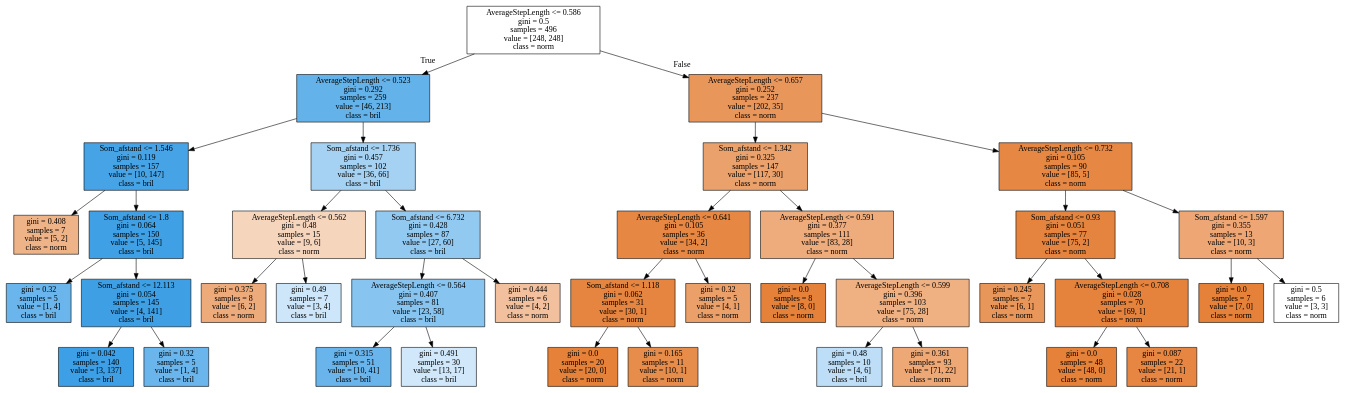
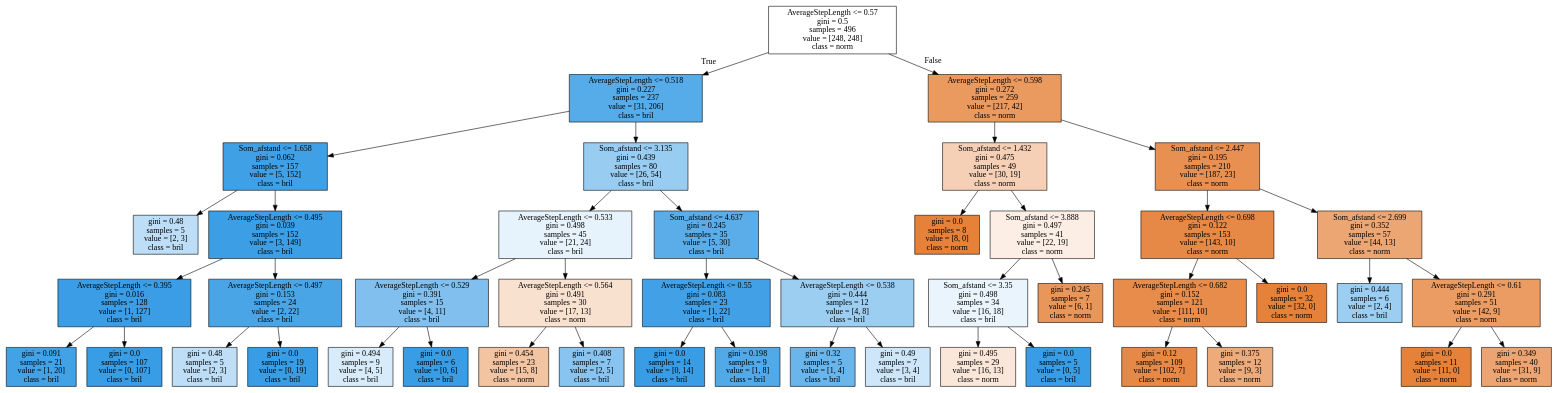
One commit to VivienvV/fallrisk changed the diagram in Machine_learning/tree.dot. Above: the diagram before and after it, drawn with Graphviz. The commit also changed 4 other files, not shown here.

```diff
--- a/Machine_learning/tree.dot
+++ b/Machine_learning/tree.dot
@@ -1,80 +1,92 @@
 digraph Tree {
 node [shape=box, style="filled", color="black"] ;
-0 [label="AverageStepLength <= 0.586\ngini = 0.5\nsamples = 496\nvalue = [248, 248]\nclass = norm", fillcolor="#e5813900"] ;
-1 [label="AverageStepLength <= 0.523\ngini = 0.292\nsamples = 259\nvalue = [46, 213]\nclass = bril", fillcolor="#399de5c8"] ;
+0 [label="AverageStepLength <= 0.57\ngini = 0.5\nsamples = 496\nvalue = [248, 248]\nclass = norm", fillcolor="#e5813900"] ;
+1 [label="AverageStepLength <= 0.518\ngini = 0.227\nsamples = 237\nvalue = [31, 206]\nclass = bril", fillcolor="#399de5d9"] ;
 0 -> 1 [labeldistance=2.5, labelangle=45, headlabel="True"] ;
-2 [label="Som_afstand <= 1.546\ngini = 0.119\nsamples = 157\nvalue = [10, 147]\nclass = bril", fillcolor="#399de5ee"] ;
+2 [label="Som_afstand <= 1.658\ngini = 0.062\nsamples = 157\nvalue = [5, 152]\nclass = bril", fillcolor="#399de5f7"] ;
 1 -> 2 ;
-3 [label="gini = 0.408\nsamples = 7\nvalue = [5, 2]\nclass = norm", fillcolor="#e5813999"] ;
+3 [label="gini = 0.48\nsamples = 5\nvalue = [2, 3]\nclass = bril", fillcolor="#399de555"] ;
 2 -> 3 ;
-4 [label="Som_afstand <= 1.8\ngini = 0.064\nsamples = 150\nvalue = [5, 145]\nclass = bril", fillcolor="#399de5f6"] ;
+4 [label="AverageStepLength <= 0.495\ngini = 0.039\nsamples = 152\nvalue = [3, 149]\nclass = bril", fillcolor="#399de5fa"] ;
 2 -> 4 ;
-5 [label="gini = 0.32\nsamples = 5\nvalue = [1, 4]\nclass = bril", fillcolor="#399de5bf"] ;
+5 [label="AverageStepLength <= 0.395\ngini = 0.016\nsamples = 128\nvalue = [1, 127]\nclass = bril", fillcolor="#399de5fd"] ;
 4 -> 5 ;
-6 [label="Som_afstand <= 12.113\ngini = 0.054\nsamples = 145\nvalue = [4, 141]\nclass = bril", fillcolor="#399de5f8"] ;
-4 -> 6 ;
-7 [label="gini = 0.042\nsamples = 140\nvalue = [3, 137]\nclass = bril", fillcolor="#399de5f9"] ;
-6 -> 7 ;
-8 [label="gini = 0.32\nsamples = 5\nvalue = [1, 4]\nclass = bril", fillcolor="#399de5bf"] ;
-6 -> 8 ;
-9 [label="Som_afstand <= 1.736\ngini = 0.457\nsamples = 102\nvalue = [36, 66]\nclass = bril", fillcolor="#399de574"] ;
-1 -> 9 ;
-10 [label="AverageStepLength <= 0.562\ngini = 0.48\nsamples = 15\nvalue = [9, 6]\nclass = norm", fillcolor="#e5813955"] ;
-9 -> 10 ;
-11 [label="gini = 0.375\nsamples = 8\nvalue = [6, 2]\nclass = norm", fillcolor="#e58139aa"] ;
-10 -> 11 ;
-12 [label="gini = 0.49\nsamples = 7\nvalue = [3, 4]\nclass = bril", fillcolor="#399de540"] ;
-10 -> 12 ;
-13 [label="Som_afstand <= 6.732\ngini = 0.428\nsamples = 87\nvalue = [27, 60]\nclass = bril", fillcolor="#399de58c"] ;
-9 -> 13 ;
-14 [label="AverageStepLength <= 0.564\ngini = 0.407\nsamples = 81\nvalue = [23, 58]\nclass = bril", fillcolor="#399de59a"] ;
+6 [label="gini = 0.091\nsamples = 21\nvalue = [1, 20]\nclass = bril", fillcolor="#399de5f2"] ;
+5 -> 6 ;
+7 [label="gini = 0.0\nsamples = 107\nvalue = [0, 107]\nclass = bril", fillcolor="#399de5ff"] ;
+5 -> 7 ;
+8 [label="AverageStepLength <= 0.497\ngini = 0.153\nsamples = 24\nvalue = [2, 22]\nclass = bril", fillcolor="#399de5e8"] ;
+4 -> 8 ;
+9 [label="gini = 0.48\nsamples = 5\nvalue = [2, 3]\nclass = bril", fillcolor="#399de555"] ;
+8 -> 9 ;
+10 [label="gini = 0.0\nsamples = 19\nvalue = [0, 19]\nclass = bril", fillcolor="#399de5ff"] ;
+8 -> 10 ;
+11 [label="Som_afstand <= 3.135\ngini = 0.439\nsamples = 80\nvalue = [26, 54]\nclass = bril", fillcolor="#399de584"] ;
+1 -> 11 ;
+12 [label="AverageStepLength <= 0.533\ngini = 0.498\nsamples = 45\nvalue = [21, 24]\nclass = bril", fillcolor="#399de520"] ;
+11 -> 12 ;
+13 [label="AverageStepLength <= 0.529\ngini = 0.391\nsamples = 15\nvalue = [4, 11]\nclass = bril", fillcolor="#399de5a2"] ;
+12 -> 13 ;
+14 [label="gini = 0.494\nsamples = 9\nvalue = [4, 5]\nclass = bril", fillcolor="#399de533"] ;
 13 -> 14 ;
-15 [label="gini = 0.315\nsamples = 51\nvalue = [10, 41]\nclass = bril", fillcolor="#399de5c1"] ;
-14 -> 15 ;
-16 [label="gini = 0.491\nsamples = 30\nvalue = [13, 17]\nclass = bril", fillcolor="#399de53c"] ;
-14 -> 16 ;
-17 [label="gini = 0.444\nsamples = 6\nvalue = [4, 2]\nclass = norm", fillcolor="#e581397f"] ;
-13 -> 17 ;
-18 [label="AverageStepLength <= 0.657\ngini = 0.252\nsamples = 237\nvalue = [202, 35]\nclass = norm", fillcolor="#e58139d3"] ;
-0 -> 18 [labeldistance=2.5, labelangle=-45, headlabel="False"] ;
-19 [label="Som_afstand <= 1.342\ngini = 0.325\nsamples = 147\nvalue = [117, 30]\nclass = norm", fillcolor="#e58139be"] ;
-18 -> 19 ;
-20 [label="AverageStepLength <= 0.641\ngini = 0.105\nsamples = 36\nvalue = [34, 2]\nclass = norm", fillcolor="#e58139f0"] ;
+15 [label="gini = 0.0\nsamples = 6\nvalue = [0, 6]\nclass = bril", fillcolor="#399de5ff"] ;
+13 -> 15 ;
+16 [label="AverageStepLength <= 0.564\ngini = 0.491\nsamples = 30\nvalue = [17, 13]\nclass = norm", fillcolor="#e581393c"] ;
+12 -> 16 ;
+17 [label="gini = 0.454\nsamples = 23\nvalue = [15, 8]\nclass = norm", fillcolor="#e5813977"] ;
+16 -> 17 ;
+18 [label="gini = 0.408\nsamples = 7\nvalue = [2, 5]\nclass = bril", fillcolor="#399de599"] ;
+16 -> 18 ;
+19 [label="Som_afstand <= 4.637\ngini = 0.245\nsamples = 35\nvalue = [5, 30]\nclass = bril", fillcolor="#399de5d4"] ;
+11 -> 19 ;
+20 [label="AverageStepLength <= 0.55\ngini = 0.083\nsamples = 23\nvalue = [1, 22]\nclass = bril", fillcolor="#399de5f3"] ;
 19 -> 20 ;
-21 [label="Som_afstand <= 1.118\ngini = 0.062\nsamples = 31\nvalue = [30, 1]\nclass = norm", fillcolor="#e58139f6"] ;
+21 [label="gini = 0.0\nsamples = 14\nvalue = [0, 14]\nclass = bril", fillcolor="#399de5ff"] ;
 20 -> 21 ;
-22 [label="gini = 0.0\nsamples = 20\nvalue = [20, 0]\nclass = norm", fillcolor="#e58139ff"] ;
-21 -> 22 ;
-23 [label="gini = 0.165\nsamples = 11\nvalue = [10, 1]\nclass = norm", fillcolor="#e58139e6"] ;
-21 -> 23 ;
-24 [label="gini = 0.32\nsamples = 5\nvalue = [4, 1]\nclass = norm", fillcolor="#e58139bf"] ;
-20 -> 24 ;
-25 [label="AverageStepLength <= 0.591\ngini = 0.377\nsamples = 111\nvalue = [83, 28]\nclass = norm", fillcolor="#e58139a9"] ;
-19 -> 25 ;
-26 [label="gini = 0.0\nsamples = 8\nvalue = [8, 0]\nclass = norm", fillcolor="#e58139ff"] ;
-25 -> 26 ;
-27 [label="AverageStepLength <= 0.599\ngini = 0.396\nsamples = 103\nvalue = [75, 28]\nclass = norm", fillcolor="#e58139a0"] ;
-25 -> 27 ;
-28 [label="gini = 0.48\nsamples = 10\nvalue = [4, 6]\nclass = bril", fillcolor="#399de555"] ;
+22 [label="gini = 0.198\nsamples = 9\nvalue = [1, 8]\nclass = bril", fillcolor="#399de5df"] ;
+20 -> 22 ;
+23 [label="AverageStepLength <= 0.538\ngini = 0.444\nsamples = 12\nvalue = [4, 8]\nclass = bril", fillcolor="#399de57f"] ;
+19 -> 23 ;
+24 [label="gini = 0.32\nsamples = 5\nvalue = [1, 4]\nclass = bril", fillcolor="#399de5bf"] ;
+23 -> 24 ;
+25 [label="gini = 0.49\nsamples = 7\nvalue = [3, 4]\nclass = bril", fillcolor="#399de540"] ;
+23 -> 25 ;
+26 [label="AverageStepLength <= 0.598\ngini = 0.272\nsamples = 259\nvalue = [217, 42]\nclass = norm", fillcolor="#e58139ce"] ;
+0 -> 26 [labeldistance=2.5, labelangle=-45, headlabel="False"] ;
+27 [label="Som_afstand <= 1.432\ngini = 0.475\nsamples = 49\nvalue = [30, 19]\nclass = norm", fillcolor="#e581395e"] ;
+26 -> 27 ;
+28 [label="gini = 0.0\nsamples = 8\nvalue = [8, 0]\nclass = norm", fillcolor="#e58139ff"] ;
 27 -> 28 ;
-29 [label="gini = 0.361\nsamples = 93\nvalue = [71, 22]\nclass = norm", fillcolor="#e58139b0"] ;
+29 [label="Som_afstand <= 3.888\ngini = 0.497\nsamples = 41\nvalue = [22, 19]\nclass = norm", fillcolor="#e5813923"] ;
 27 -> 29 ;
-30 [label="AverageStepLength <= 0.732\ngini = 0.105\nsamples = 90\nvalue = [85, 5]\nclass = norm", fillcolor="#e58139f0"] ;
-18 -> 30 ;
-31 [label="Som_afstand <= 0.93\ngini = 0.051\nsamples = 77\nvalue = [75, 2]\nclass = norm", fillcolor="#e58139f8"] ;
+30 [label="Som_afstand <= 3.35\ngini = 0.498\nsamples = 34\nvalue = [16, 18]\nclass = bril", fillcolor="#399de51c"] ;
+29 -> 30 ;
+31 [label="gini = 0.495\nsamples = 29\nvalue = [16, 13]\nclass = norm", fillcolor="#e5813930"] ;
 30 -> 31 ;
-32 [label="gini = 0.245\nsamples = 7\nvalue = [6, 1]\nclass = norm", fillcolor="#e58139d4"] ;
-31 -> 32 ;
-33 [label="AverageStepLength <= 0.708\ngini = 0.028\nsamples = 70\nvalue = [69, 1]\nclass = norm", fillcolor="#e58139fb"] ;
-31 -> 33 ;
-34 [label="gini = 0.0\nsamples = 48\nvalue = [48, 0]\nclass = norm", fillcolor="#e58139ff"] ;
-33 -> 34 ;
-35 [label="gini = 0.087\nsamples = 22\nvalue = [21, 1]\nclass = norm", fillcolor="#e58139f3"] ;
-33 -> 35 ;
-36 [label="Som_afstand <= 1.597\ngini = 0.355\nsamples = 13\nvalue = [10, 3]\nclass = norm", fillcolor="#e58139b3"] ;
-30 -> 36 ;
-37 [label="gini = 0.0\nsamples = 7\nvalue = [7, 0]\nclass = norm", fillcolor="#e58139ff"] ;
+32 [label="gini = 0.0\nsamples = 5\nvalue = [0, 5]\nclass = bril", fillcolor="#399de5ff"] ;
+30 -> 32 ;
+33 [label="gini = 0.245\nsamples = 7\nvalue = [6, 1]\nclass = norm", fillcolor="#e58139d4"] ;
+29 -> 33 ;
+34 [label="Som_afstand <= 2.447\ngini = 0.195\nsamples = 210\nvalue = [187, 23]\nclass = norm", fillcolor="#e58139e0"] ;
+26 -> 34 ;
+35 [label="AverageStepLength <= 0.698\ngini = 0.122\nsamples = 153\nvalue = [143, 10]\nclass = norm", fillcolor="#e58139ed"] ;
+34 -> 35 ;
+36 [label="AverageStepLength <= 0.682\ngini = 0.152\nsamples = 121\nvalue = [111, 10]\nclass = norm", fillcolor="#e58139e8"] ;
+35 -> 36 ;
+37 [label="gini = 0.12\nsamples = 109\nvalue = [102, 7]\nclass = norm", fillcolor="#e58139ee"] ;
 36 -> 37 ;
-38 [label="gini = 0.5\nsamples = 6\nvalue = [3, 3]\nclass = norm", fillcolor="#e5813900"] ;
+38 [label="gini = 0.375\nsamples = 12\nvalue = [9, 3]\nclass = norm", fillcolor="#e58139aa"] ;
 36 -> 38 ;
+39 [label="gini = 0.0\nsamples = 32\nvalue = [32, 0]\nclass = norm", fillcolor="#e58139ff"] ;
+35 -> 39 ;
+40 [label="Som_afstand <= 2.699\ngini = 0.352\nsamples = 57\nvalue = [44, 13]\nclass = norm", fillcolor="#e58139b4"] ;
+34 -> 40 ;
+41 [label="gini = 0.444\nsamples = 6\nvalue = [2, 4]\nclass = bril", fillcolor="#399de57f"] ;
+40 -> 41 ;
+42 [label="AverageStepLength <= 0.61\ngini = 0.291\nsamples = 51\nvalue = [42, 9]\nclass = norm", fillcolor="#e58139c8"] ;
+40 -> 42 ;
+43 [label="gini = 0.0\nsamples = 11\nvalue = [11, 0]\nclass = norm", fillcolor="#e58139ff"] ;
+42 -> 43 ;
+44 [label="gini = 0.349\nsamples = 40\nvalue = [31, 9]\nclass = norm", fillcolor="#e58139b5"] ;
+42 -> 44 ;
 }
```
